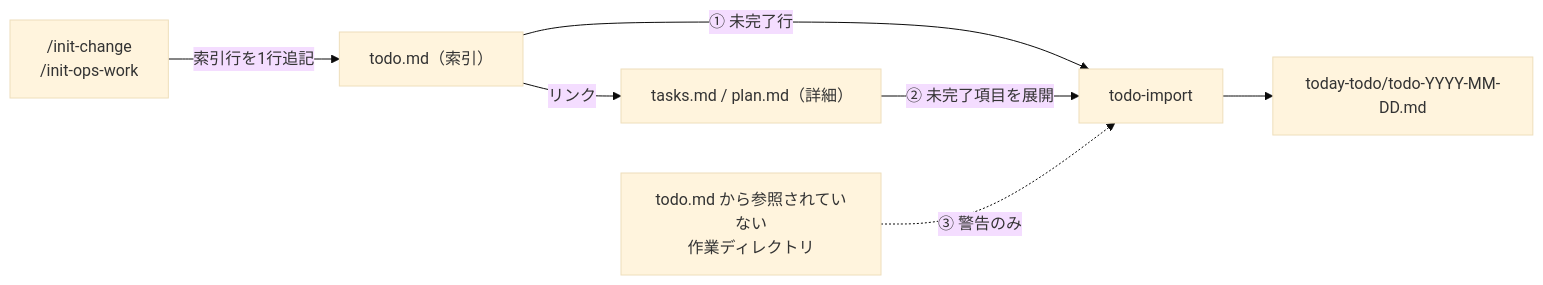
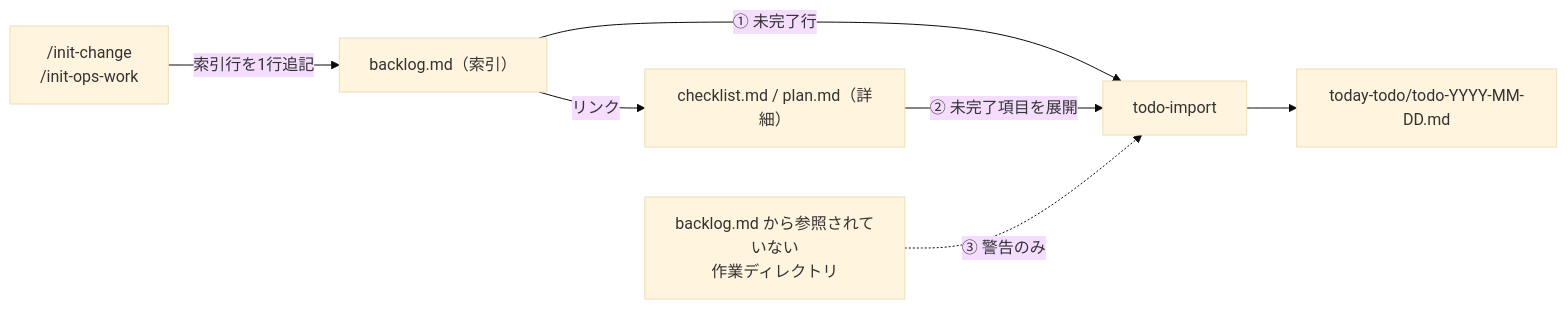
One commit to tanajin0609/dotfiles changed the first of 2 diagrams in self-work/document-rules/todo-management.md. Above: the diagram before and after it, drawn with Mermaid (base theme). The commit also changed other lines of this file and 27 other files, not shown here.

Commit message:
refactor: todo.md/tasks.mdをbacklog.md/checklist.mdへ改称し、diagramスキルを追加

````diff
--- a/self-work/document-rules/todo-management.md
+++ b/self-work/document-rules/todo-management.md
@@ -24,9 +24,9 @@
 ```mermaid
 flowchart LR
-  IC["/init-change<br>/init-ops-work"] -->|索引行を1行追記| TODO["todo.md（索引）"]
-  TODO -->|リンク| TASKS["tasks.md / plan.md（詳細）"]
+  IC["/init-change<br>/init-ops-work"] -->|索引行を1行追記| TODO["backlog.md（索引）"]
+  TODO -->|リンク| TASKS["checklist.md / plan.md（詳細）"]
   TODO -->|① 未完了行| IMP["todo-import"]
   TASKS -->|② 未完了項目を展開| IMP
-  ORPH["todo.md から参照されていない<br>作業ディレクトリ"] -.->|③ 警告のみ| IMP
+  ORPH["backlog.md から参照されていない<br>作業ディレクトリ"] -.->|③ 警告のみ| IMP
   IMP --> TT["today-todo/todo-YYYY-MM-DD.md"]
 ```
````
